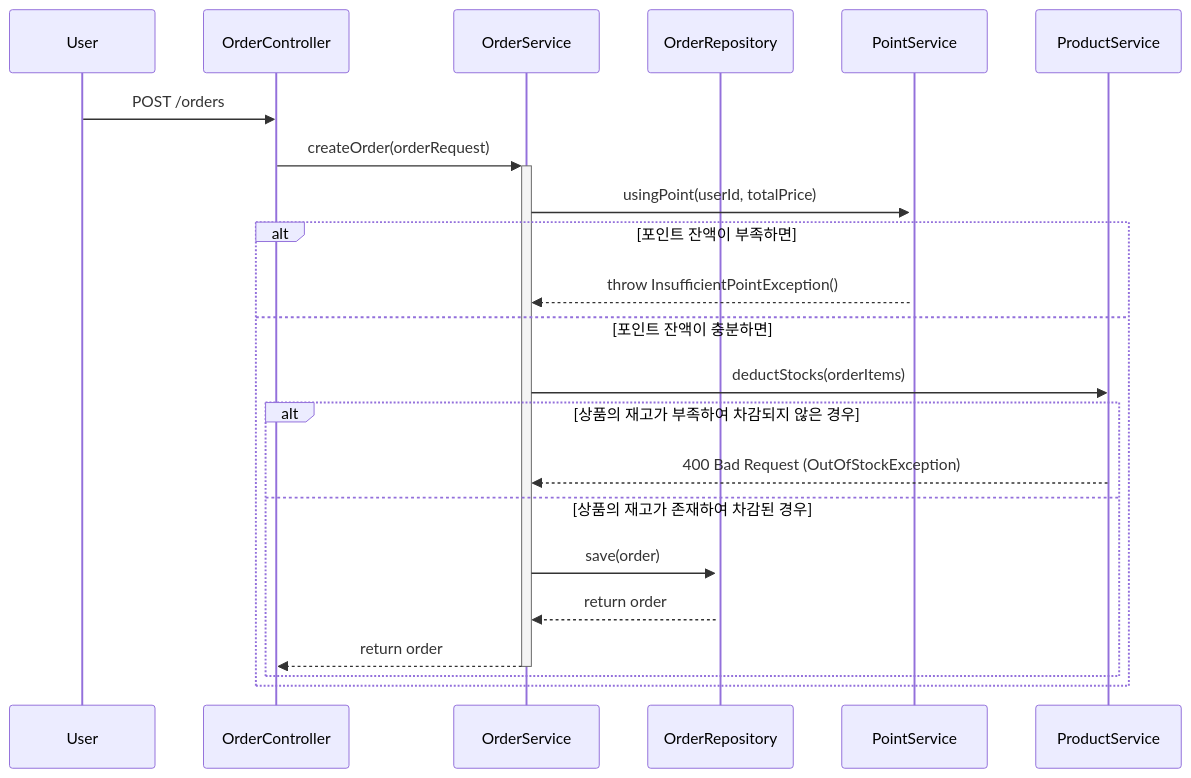
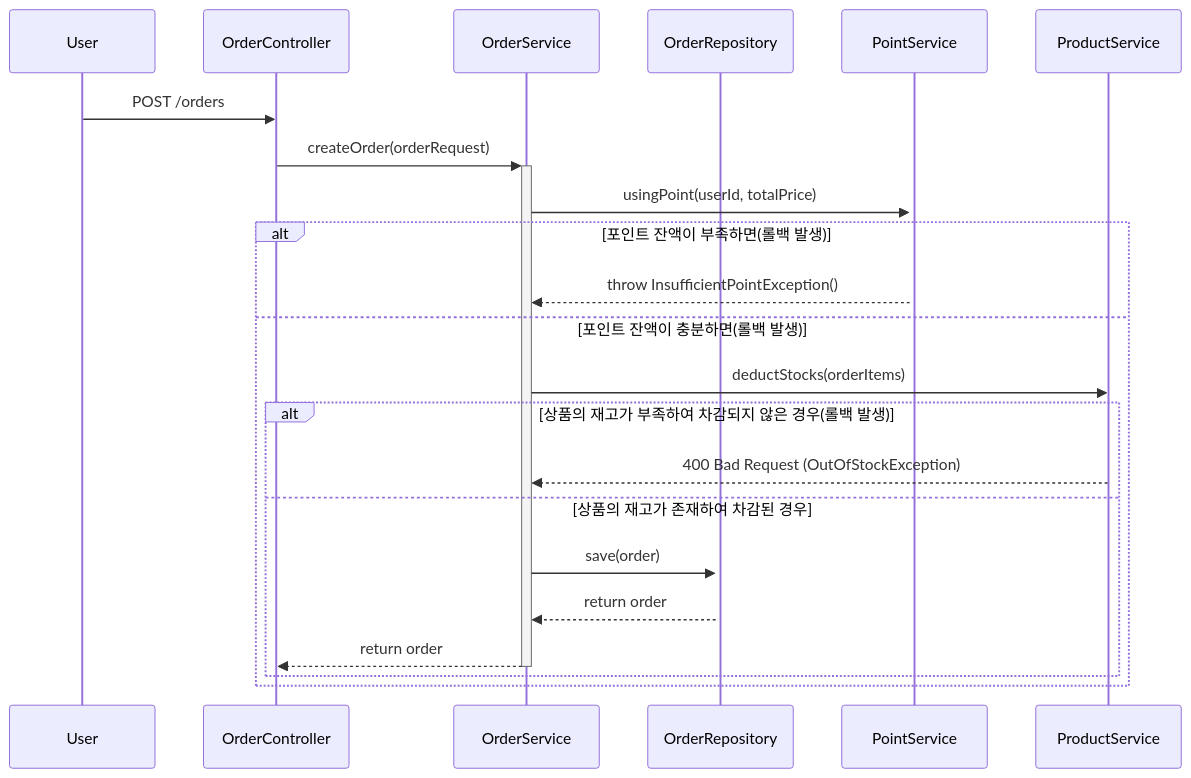
Before and after one commit to moonjin-kim/door-commerce: the seventh of 9 diagrams in docs/design/02-sequence-diagrams.md, drawn with Mermaid. The commit also changed other lines of this file and 16 other files, not shown here.

````diff
--- a/docs/design/02-sequence-diagrams.md
+++ b/docs/design/02-sequence-diagrams.md
@@ -164,26 +157,26 @@
 ```mermaid
 sequenceDiagram
     participant User
     participant OrderController
     participant OrderService
     participant OrderRepository
     participant PointService
     participant ProductService
     
     User->>OrderController: POST /orders
     OrderController->>+OrderService: createOrder(orderRequest)
     OrderService->>+PointService: usingPoint(userId, totalPrice)
-    alt 포인트 잔액이 부족하면
+    alt 포인트 잔액이 부족하면(롤백 발생)
         PointService-->>OrderService: throw InsufficientPointException()
-    else 포인트 잔액이 충분하면
+    else 포인트 잔액이 충분하면(롤백 발생)
         OrderService->>ProductService: deductStocks(orderItems)
-        alt 상품의 재고가 부족하여 차감되지 않은 경우
+        alt 상품의 재고가 부족하여 차감되지 않은 경우(롤백 발생)
             ProductService-->>OrderService: 400 Bad Request (OutOfStockException)
         else 상품의 재고가 존재하여 차감된 경우
             OrderService->>+OrderRepository: save(order)
             OrderRepository-->>OrderService: return order
             OrderService-->>-OrderController: return order
 
         end
     end
 ```
````
